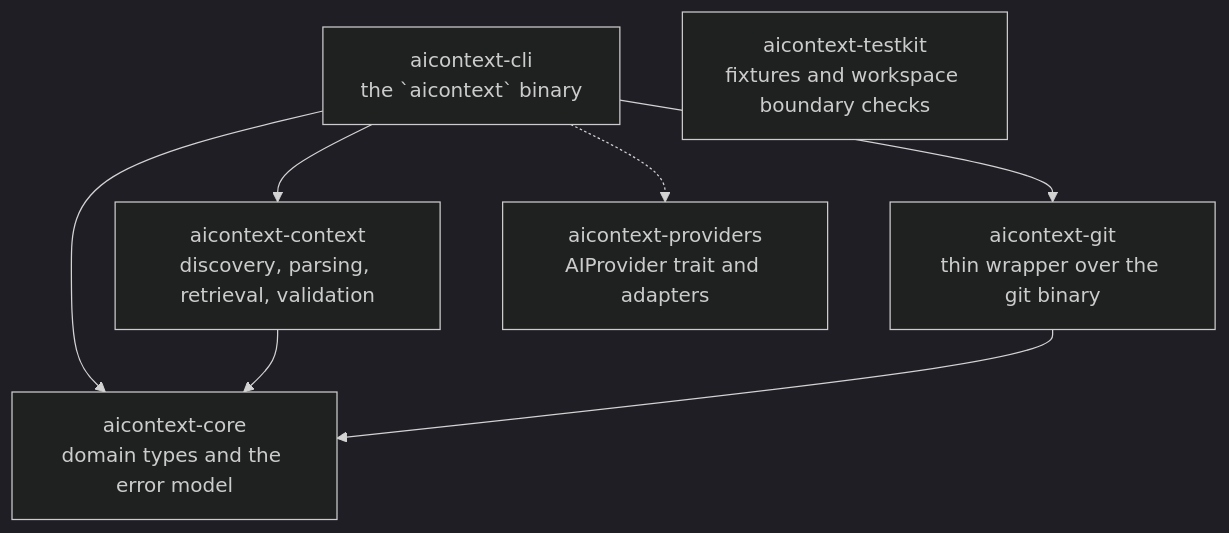
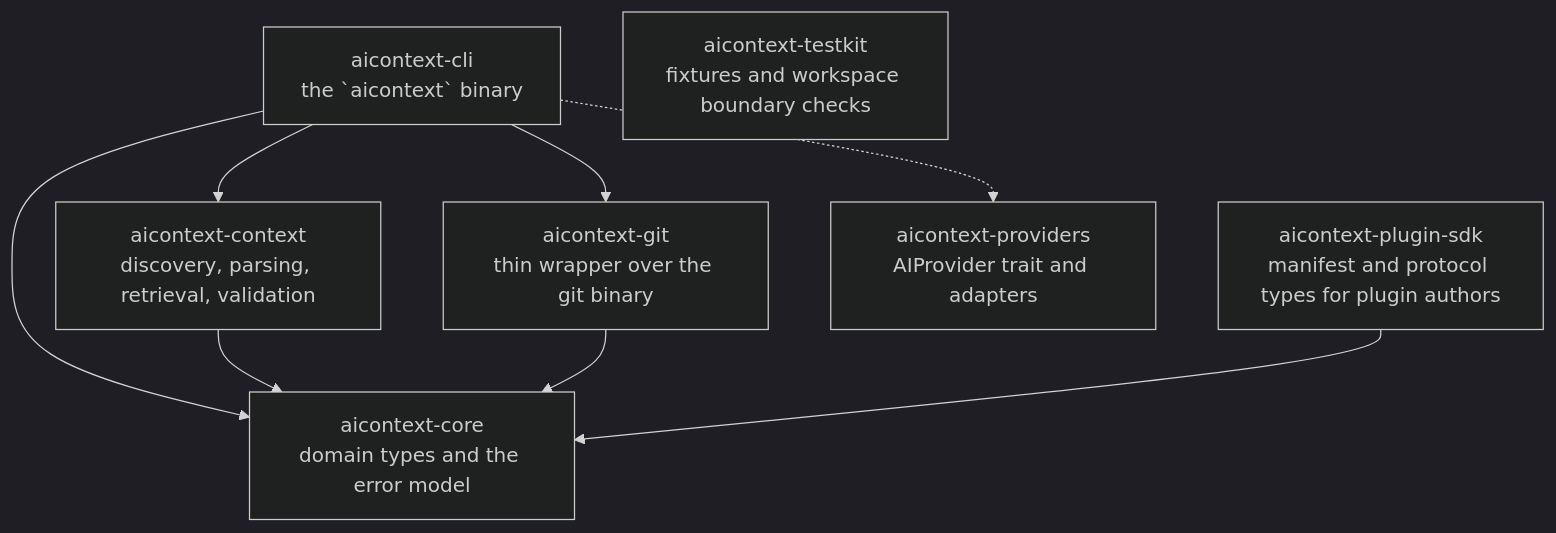
One commit to Vinit010/AI-Context-OS changed the second of 2 diagrams in README.md. Above: the diagram before and after it, drawn with Mermaid (dark theme). The commit also changed other lines of this file and 3 other files, not shown here.

````diff
--- a/README.md
+++ b/README.md
@@ -181,16 +181,18 @@
 ```mermaid
 flowchart TD
     CLI["aicontext-cli<br/>the `aicontext` binary"]
     CTX["aicontext-context<br/>discovery, parsing, retrieval, validation"]
     GIT["aicontext-git<br/>thin wrapper over the git binary"]
     CORE["aicontext-core<br/>domain types and the error model"]
+    SDK["aicontext-plugin-sdk<br/>manifest and protocol types for plugin authors"]
     PROV["aicontext-providers<br/>AIProvider trait and adapters"]
     TK["aicontext-testkit<br/>fixtures and workspace boundary checks"]
 
     CLI --> CTX
     CLI --> GIT
     CLI --> CORE
     CTX --> CORE
     GIT --> CORE
+    SDK --> CORE
     CLI -.-> PROV
 ```
````
